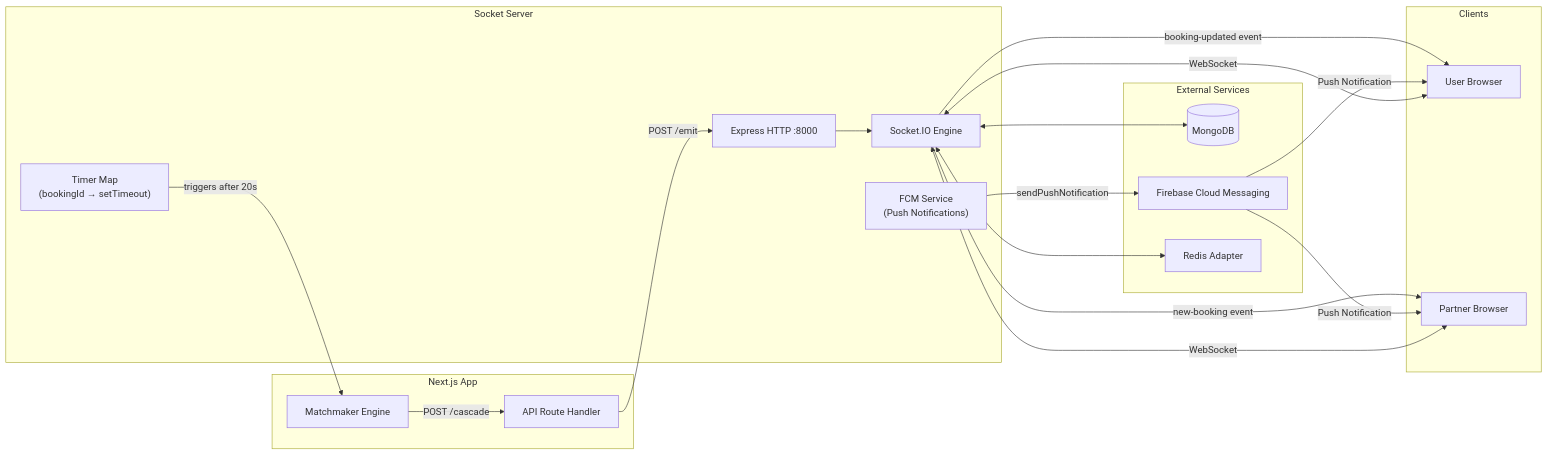
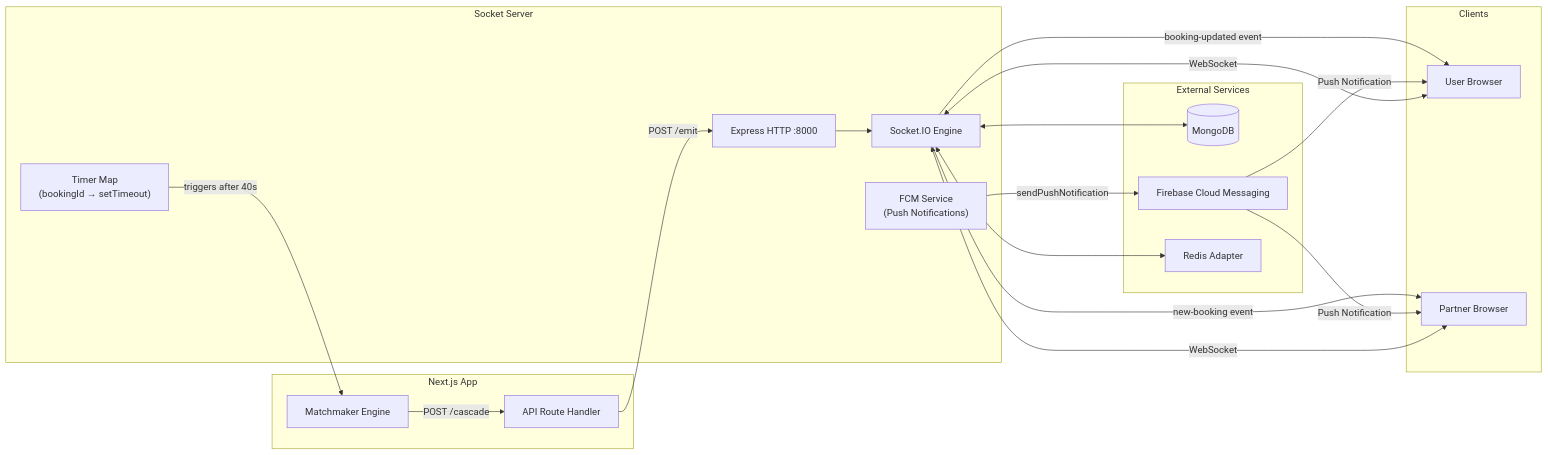
The first of 2 diagrams in socketServer/README.md (Zuhaib-dev/rydex), drawn with Mermaid before and after one commit. The commit also changed other lines of this file and 2 other files, not shown here.

````diff
--- a/socketServer/README.md
+++ b/socketServer/README.md
@@ -35,39 +37,39 @@
 ```mermaid
 graph LR
     subgraph "Next.js App"
         API["API Route Handler"]
         MM["Matchmaker Engine"]
     end
 
     subgraph "Socket Server"
         EX["Express HTTP :8000"]
         IO["Socket.IO Engine"]
         TM["Timer Map\n(bookingId → setTimeout)"]
         FCM["FCM Service\n(Push Notifications)"]
     end
 
     subgraph "Clients"
         U["User Browser"]
         P["Partner Browser"]
     end
 
     subgraph "External Services"
         DB[("MongoDB")]
         FIREBASE["Firebase Cloud Messaging"]
         REDIS["Redis Adapter"]
     end
 
     API -->|POST /emit| EX
     EX --> IO
     IO -->|new-booking event| P
     IO -->|booking-updated event| U
     P <-->|WebSocket| IO
     U <-->|WebSocket| IO
     IO <--> DB
     IO <--> REDIS
     MM -->|POST /cascade| API
-    TM -->|triggers after 20s| MM
+    TM -->|triggers after 40s| MM
     FCM -->|sendPushNotification| FIREBASE
     FIREBASE -->|Push Notification| U
     FIREBASE -->|Push Notification| P
 ```
````
